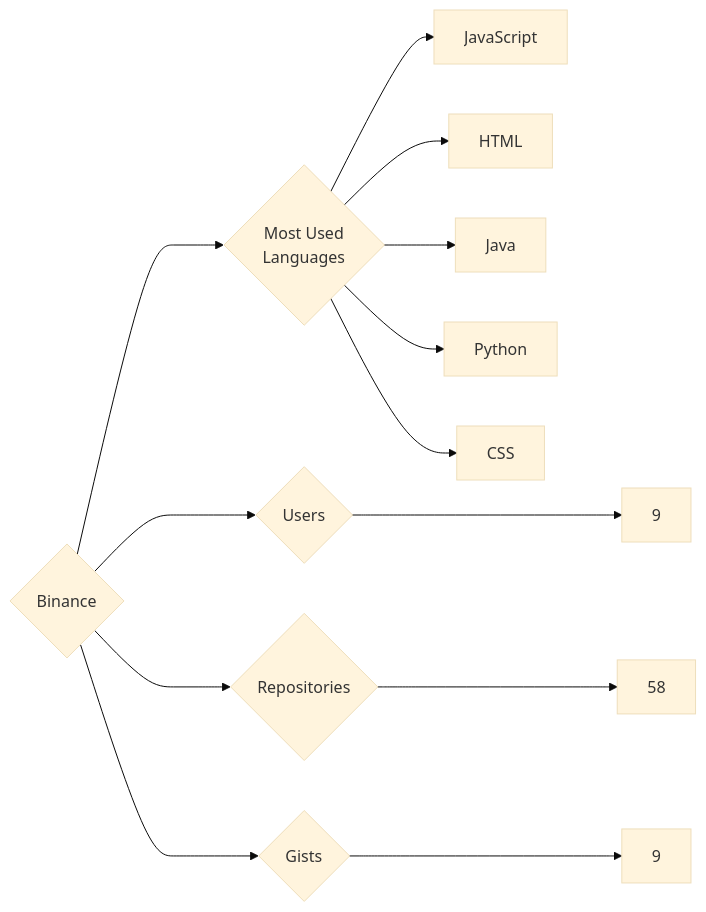
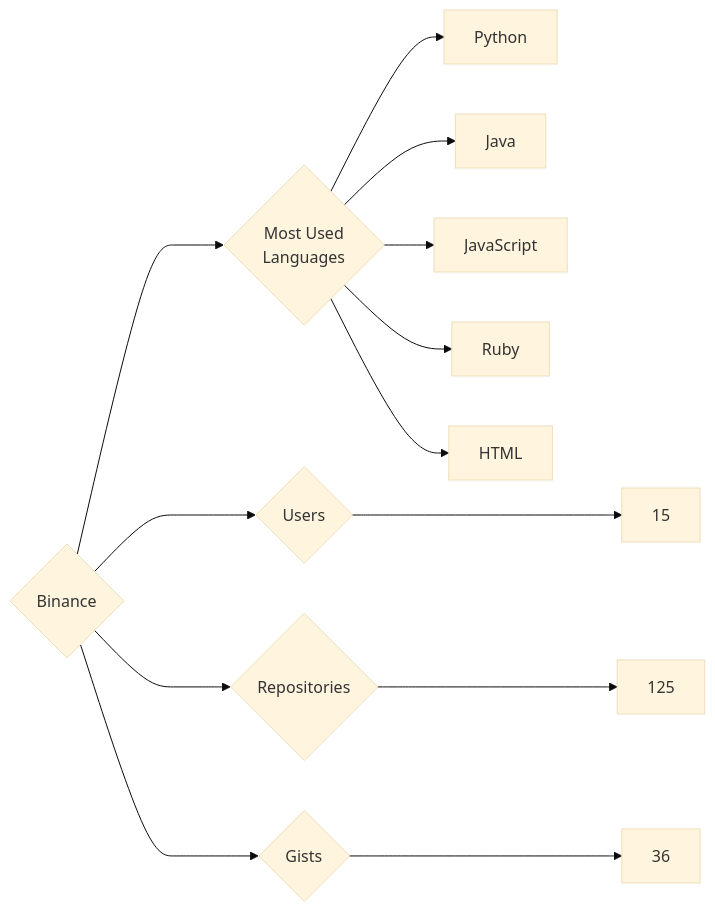
One commit to trickest/insiders changed the diagram in targets/Binance/README.md. Above: the diagram before and after it, drawn with Mermaid (base theme). The commit also changed 882 other files, not shown here.

````diff
--- a/targets/Binance/README.md
+++ b/targets/Binance/README.md
@@ -3,13 +3,13 @@
 ```mermaid
 graph LR
 COMPANY_NAME{Binance}
-COMPANY_NAME ---> U{Users} ---> UN[9]
-COMPANY_NAME ---> R{Repositories} ---> RN[58]
-COMPANY_NAME ---> G{Gists} ---> GN[9]
+COMPANY_NAME ---> U{Users} ---> UN[15]
+COMPANY_NAME ---> R{Repositories} ---> RN[125]
+COMPANY_NAME ---> G{Gists} ---> GN[36]
 COMPANY_NAME ---> ML{Most Used<br>Languages}
+ML --> Python[Python]
+ML --> Java[Java]
 ML --> JavaScript[JavaScript]
+ML --> Ruby[Ruby]
 ML --> HTML[HTML]
-ML --> Java[Java]
-ML --> Python[Python]
-ML --> CSS[CSS]
 ```
````
